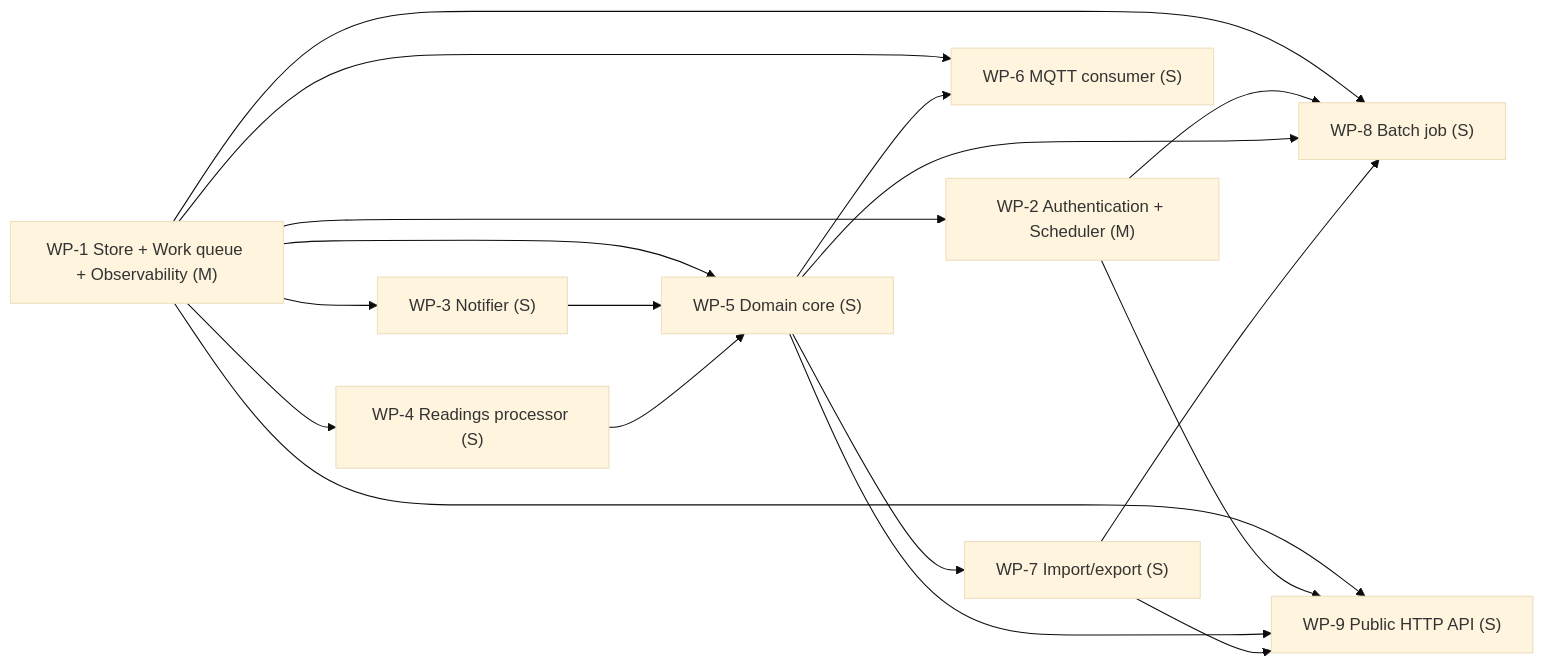
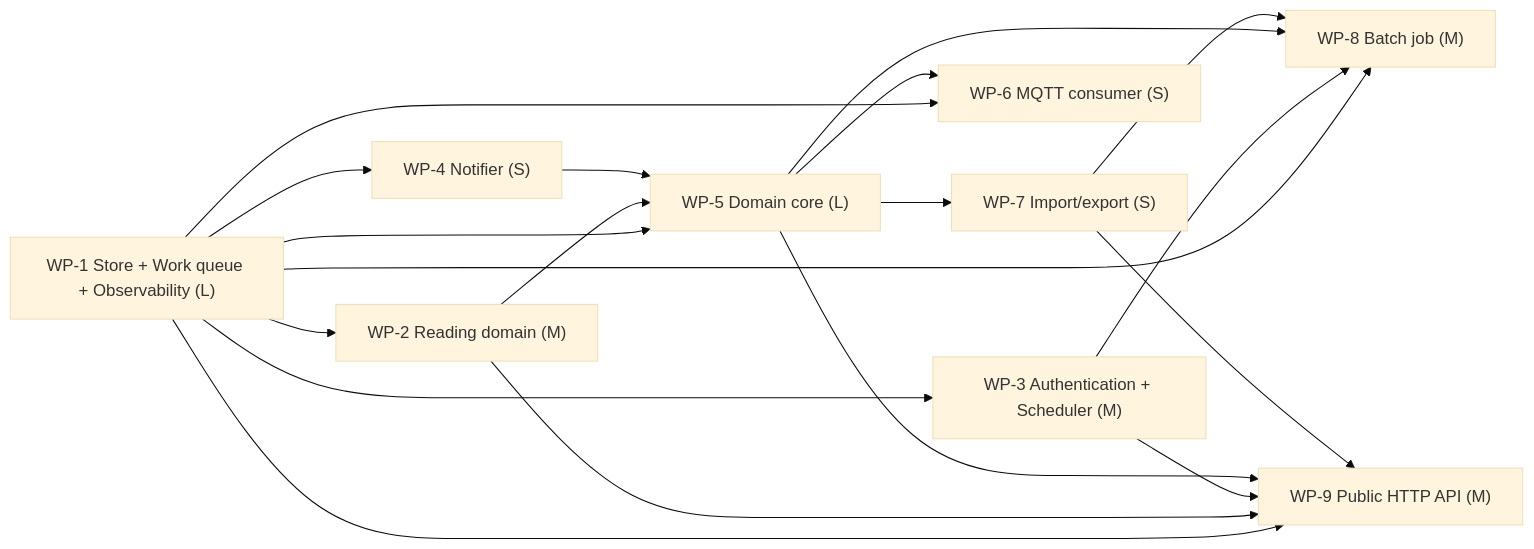
Before and after one commit to yui9696/sekkei: the third of 3 diagrams in examples/eval/telemetry.DESIGN.md, drawn with Mermaid (base theme). The commit also changed other lines of this file and 39 other files, not shown here.

````diff
--- a/examples/eval/telemetry.DESIGN.md
+++ b/examples/eval/telemetry.DESIGN.md
@@ -858,29 +850,30 @@
 ```mermaid
 graph LR
-  WP_1["WP-1 Store + Work queue + Observability (M)"]
-  WP_2["WP-2 Authentication + Scheduler (M)"]
-  WP_3["WP-3 Notifier (S)"]
-  WP_4["WP-4 Readings processor (S)"]
-  WP_5["WP-5 Domain core (S)"]
+  WP_1["WP-1 Store + Work queue + Observability (L)"]
+  WP_2["WP-2 Reading domain (M)"]
+  WP_3["WP-3 Authentication + Scheduler (M)"]
+  WP_4["WP-4 Notifier (S)"]
+  WP_5["WP-5 Domain core (L)"]
   WP_6["WP-6 MQTT consumer (S)"]
   WP_7["WP-7 Import/export (S)"]
-  WP_8["WP-8 Batch job (S)"]
-  WP_9["WP-9 Public HTTP API (S)"]
+  WP_8["WP-8 Batch job (M)"]
+  WP_9["WP-9 Public HTTP API (M)"]
   WP_1 --> WP_2
   WP_1 --> WP_3
   WP_1 --> WP_4
   WP_1 --> WP_5
-  WP_3 --> WP_5
+  WP_2 --> WP_5
   WP_4 --> WP_5
   WP_1 --> WP_6
   WP_5 --> WP_6
   WP_5 --> WP_7
   WP_1 --> WP_8
-  WP_2 --> WP_8
+  WP_3 --> WP_8
   WP_5 --> WP_8
   WP_7 --> WP_8
   WP_1 --> WP_9
   WP_2 --> WP_9
+  WP_3 --> WP_9
   WP_5 --> WP_9
   WP_7 --> WP_9
 ```
````
